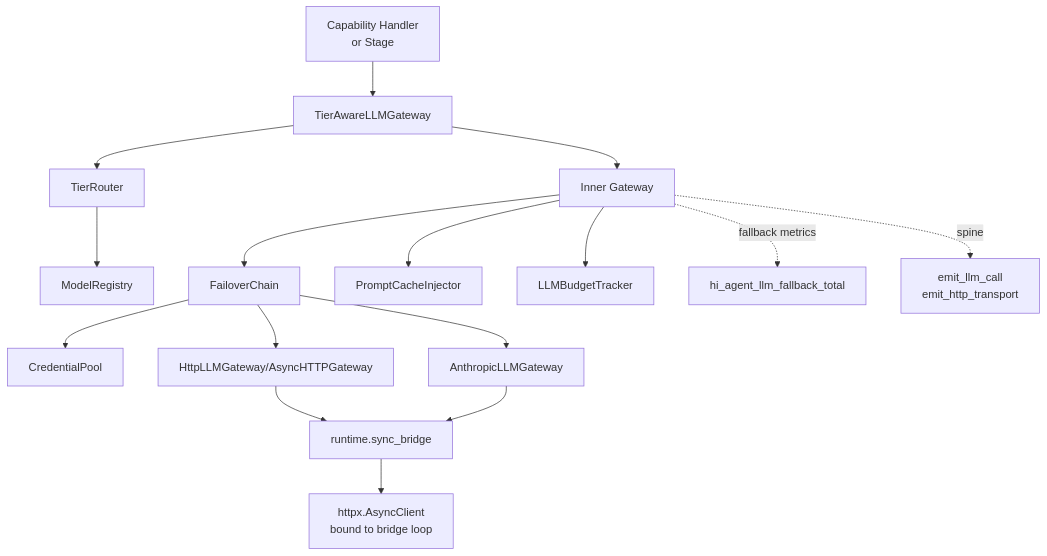
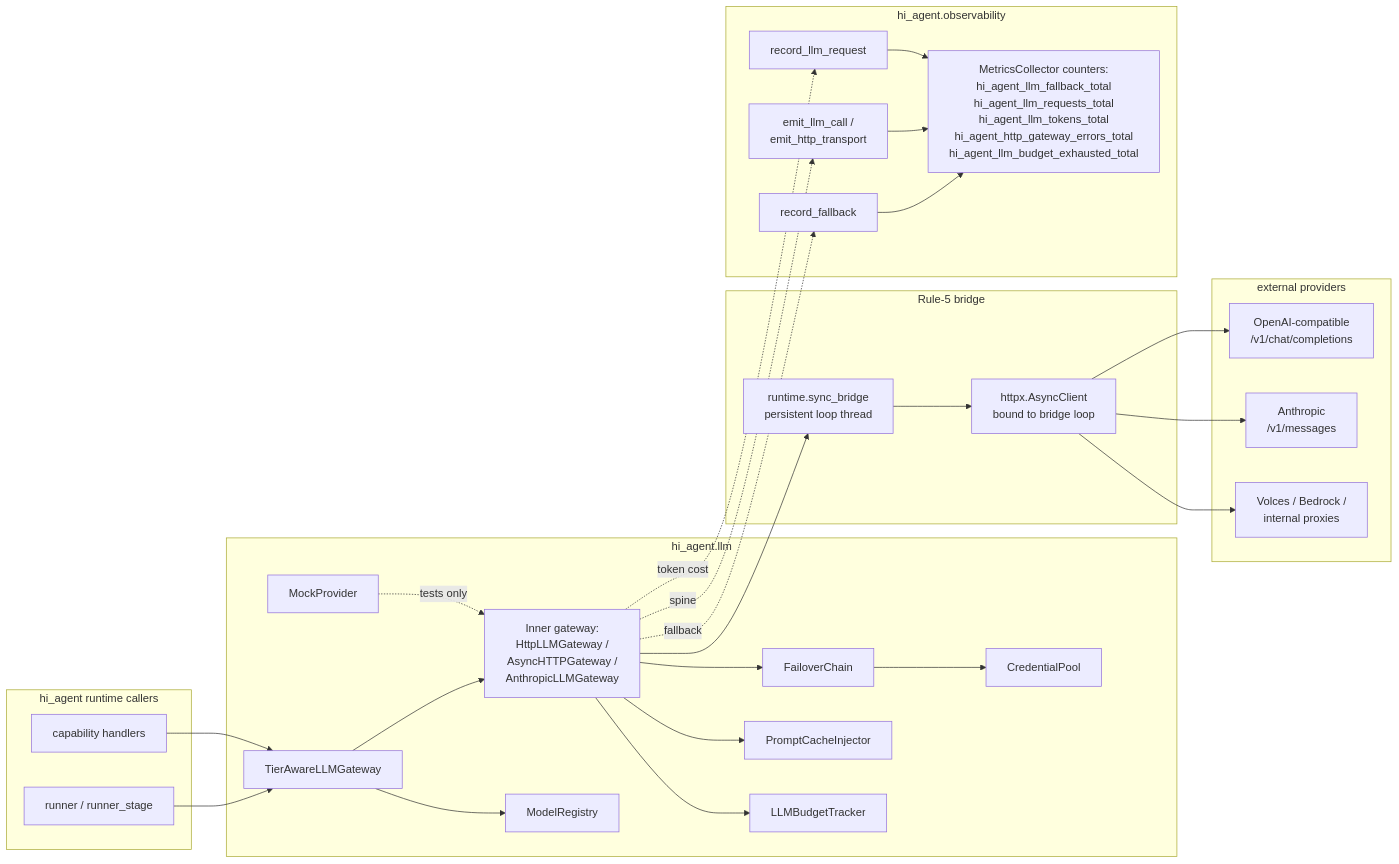
Before and after one commit to chaosxingxc-orion/hi-agent: the first of 3 diagrams in hi_agent/llm/ARCHITECTURE.md, drawn with Mermaid. The commit also changed other lines of this file and 25 other files, not shown here.

First line of the commit message:
[W35-corrective] Refresh ARCHITECTURE.md hierarchy + add missing READMEs

````diff
--- a/hi_agent/llm/ARCHITECTURE.md
+++ b/hi_agent/llm/ARCHITECTURE.md
@@ -57,24 +25,60 @@
 ```mermaid
-graph TD
-    Caller[Capability Handler<br/>or Stage] --> TG[TierAwareLLMGateway]
-    TG --> TR[TierRouter]
-    TR --> MR[ModelRegistry]
+flowchart LR
+    subgraph Caller["hi_agent runtime callers"]
+        Runner[runner / runner_stage]
+        Cap[capability handlers]
+    end
 
-    TG --> Inner[Inner Gateway]
-    Inner --> FC[FailoverChain]
-    FC --> Pool[CredentialPool]
+    subgraph LLM["hi_agent.llm"]
+        TG[TierAwareLLMGateway]
+        Inner[Inner gateway:<br/>HttpLLMGateway /<br/>AsyncHTTPGateway /<br/>AnthropicLLMGateway]
+        FC[FailoverChain]
+        Pool[CredentialPool]
+        PC[PromptCacheInjector]
+        BT[LLMBudgetTracker]
+        Reg[ModelRegistry]
+        Mock[MockProvider]
+    end
 
-    Inner --> PCI[PromptCacheInjector]
-    Inner --> BT[LLMBudgetTracker]
+    subgraph Bridge["Rule-5 bridge"]
+        SB[runtime.sync_bridge<br/>persistent loop thread]
+        Httpx[httpx.AsyncClient<br/>bound to bridge loop]
+    end
 
-    FC --> HG[HttpLLMGateway/AsyncHTTPGateway]
-    FC --> AG[AnthropicLLMGateway]
+    subgraph Provider["external providers"]
+        OAI[OpenAI-compatible<br/>/v1/chat/completions]
+        Ant[Anthropic<br/>/v1/messages]
+        Vol[Volces / Bedrock /<br/>internal proxies]
+    end
 
-    HG --> SB[runtime.sync_bridge]
-    AG --> SB
+    subgraph Obs["hi_agent.observability"]
+        FB[record_fallback]
+        Spine[emit_llm_call /<br/>emit_http_transport]
+        Tok[record_llm_request]
+        Counter["MetricsCollector counters:<br/>hi_agent_llm_fallback_total<br/>hi_agent_llm_requests_total<br/>hi_agent_llm_tokens_total<br/>hi_agent_http_gateway_errors_total<br/>hi_agent_llm_budget_exhausted_total"]
+    end
 
-    SB --> Httpx[httpx.AsyncClient<br/>bound to bridge loop]
+    Runner --> TG
+    Cap --> TG
+    TG --> Inner
+    Inner --> FC
+    FC --> Pool
+    Inner --> PC
+    Inner --> BT
+    TG --> Reg
 
-    Inner -.fallback metrics.-> Counter[hi_agent_llm_fallback_total]
-    Inner -.spine.-> Spine[emit_llm_call<br/>emit_http_transport]
+    Inner --> SB
+    SB --> Httpx
+    Httpx --> OAI
+    Httpx --> Ant
+    Httpx --> Vol
+
+    Inner -.fallback.-> FB
+    Inner -.spine.-> Spine
+    Inner -.token cost.-> Tok
+    FB --> Counter
+    Spine --> Counter
+    Tok --> Counter
+
+    Mock -.tests only.-> Inner
 ```
````
